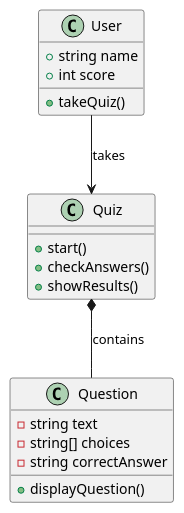
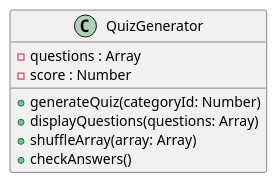
The diagram in QuizGenerator/uml-diagrams/class-diagram.puml (spectrxal/COMP1004), drawn with PlantUML before and after one commit. The commit also changed 5 other files, not shown here.

```diff
--- a/QuizGenerator/uml-diagrams/class-diagram.puml
+++ b/QuizGenerator/uml-diagrams/class-diagram.puml
@@ -1,23 +1,12 @@
-@startuml
-class User {
-  +string name
-  +int score
-  +takeQuiz()
+@startuml ClassDiagram
+
+class QuizGenerator {
+  - questions : Array
+  - score : Number
+  + generateQuiz(categoryId: Number)
+  + displayQuestions(questions: Array)
+  + shuffleArray(array: Array)
+  + checkAnswers()
 }
 
-class Quiz {
-  +start()
-  +checkAnswers()
-  +showResults()
-}
-
-class Question {
-  -string text
-  -string[] choices
-  -string correctAnswer
-  +displayQuestion()
-}
-
-User --> Quiz : "takes"
-Quiz *-- Question : "contains"
 @enduml
```
